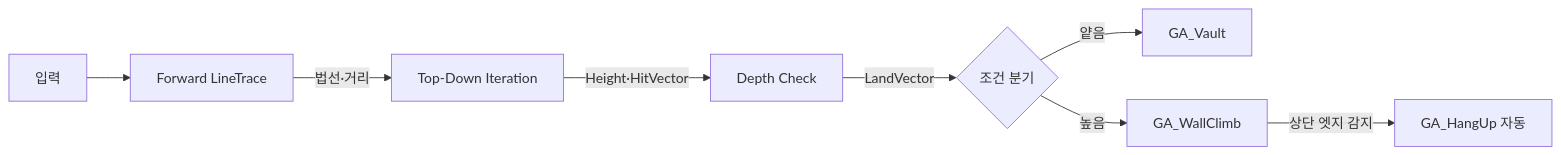
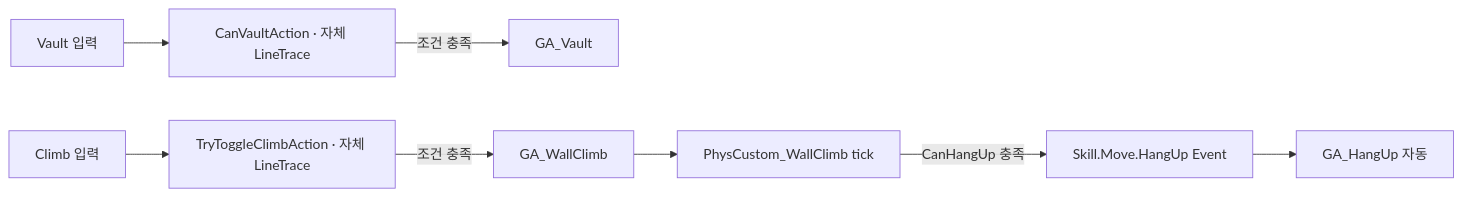
Before and after one commit to chvj7567/UnrealSkillProject: the third of 5 diagrams in README.md, drawn with Mermaid. The commit also changed other lines of this file, not shown here.

Commit message:
[Docs] README - 파쿠르 GA 발동 흐름 설명 정정

````diff
--- a/README.md
+++ b/README.md
@@ -238,10 +238,10 @@
 ```mermaid
 flowchart LR
-    Input[입력] --> Fwd[Forward LineTrace]
-    Fwd -->|법선·거리| Top[Top-Down Iteration]
-    Top -->|Height·HitVector| Depth[Depth Check]
-    Depth -->|LandVector| Decide{조건 분기}
-    Decide -->|얕음| Vault[GA_Vault]
-    Decide -->|높음| Climb[GA_WallClimb]
-    Climb -->|상단 엣지 감지| Hang[GA_HangUp 자동]
+    VInput[Vault 입력] --> VCan[CanVaultAction · 자체 LineTrace]
+    VCan -->|조건 충족| Vault[GA_Vault]
+    CInput[Climb 입력] --> CCan[TryToggleClimbAction · 자체 LineTrace]
+    CCan -->|조건 충족| Climb[GA_WallClimb]
+    Climb --> Phys[PhysCustom_WallClimb tick]
+    Phys -->|CanHangUp 충족| Event[Skill.Move.HangUp Event]
+    Event --> Hang[GA_HangUp 자동]
 ```
````
